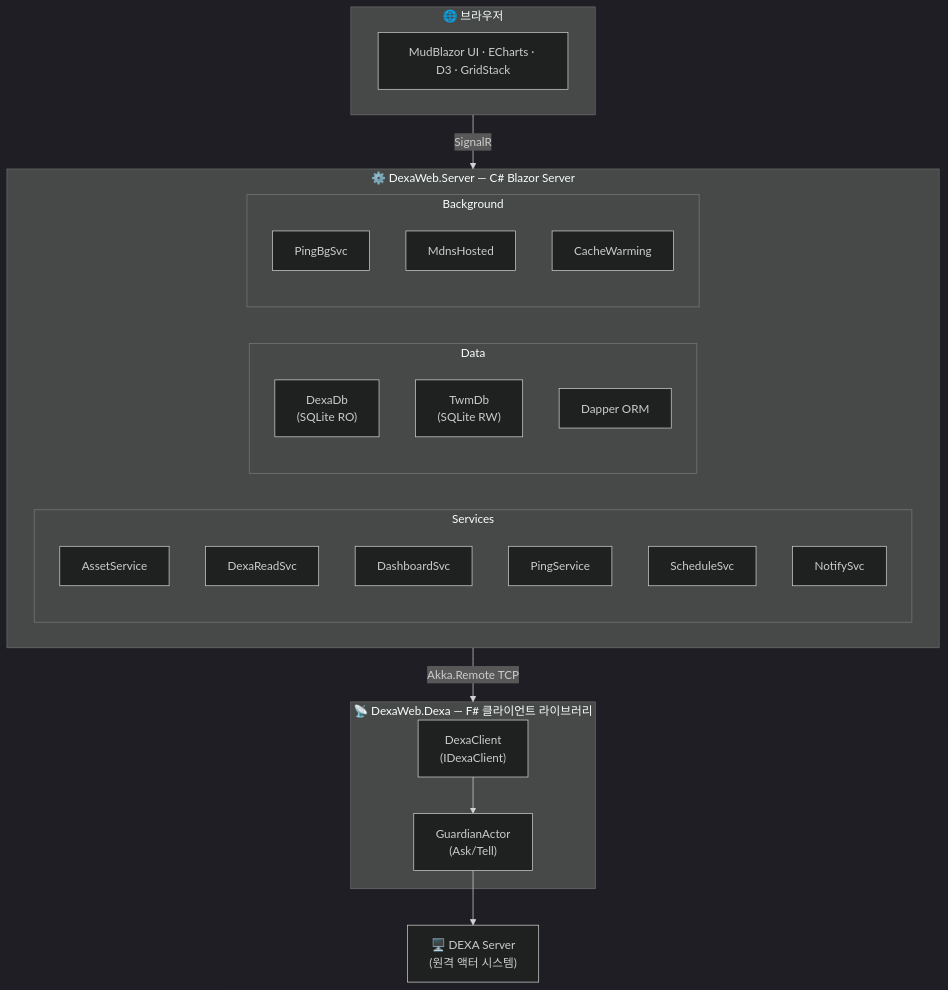
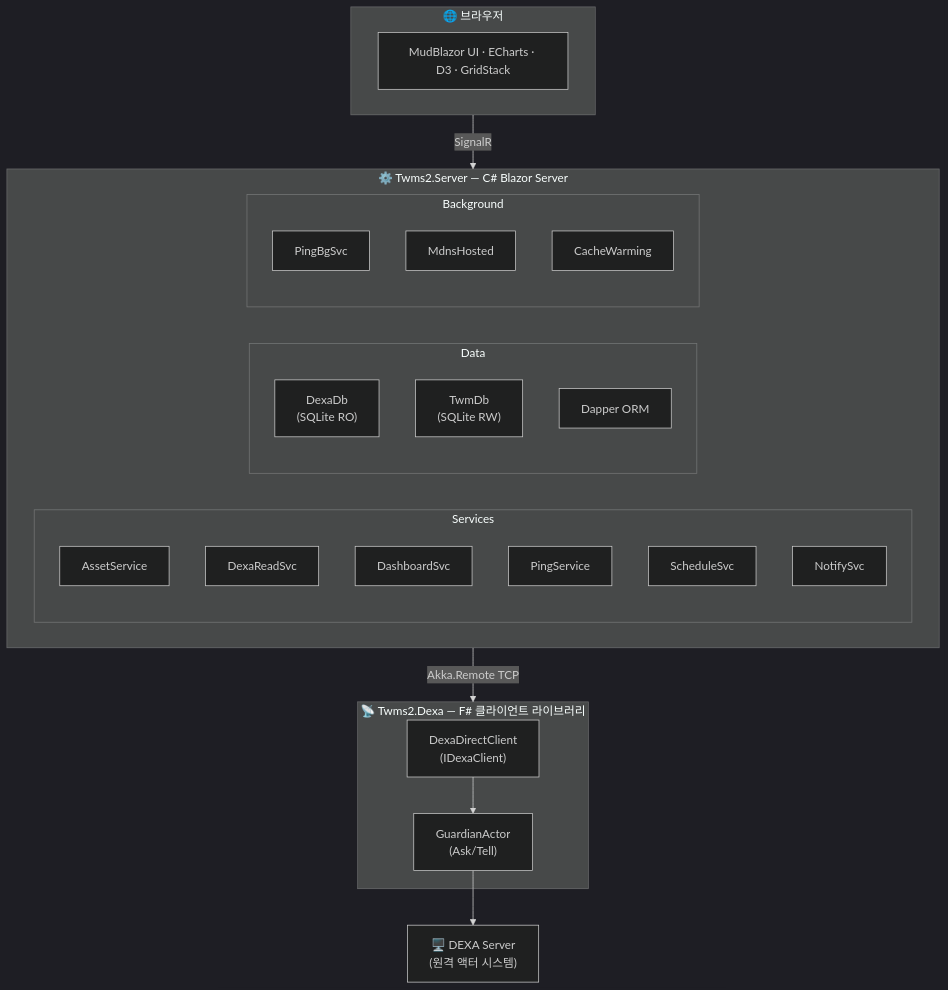
Before and after one commit to DualsoftDev/twms2: the second of 3 diagrams in README.md, drawn with Mermaid (dark theme). The commit also changed other lines of this file and 23 other files, not shown here.

````diff
--- a/README.md
+++ b/README.md
@@ -131,40 +130,40 @@
 ```mermaid
 graph TD
     subgraph Browser["🌐 브라우저"]
         UI["MudBlazor UI · ECharts · D3 · GridStack"]
     end
 
-    subgraph Server["⚙️ DexaWeb.Server — C# Blazor Server"]
+    subgraph Server["⚙️ Twms2.Server — C# Blazor Server"]
         direction LR
         subgraph Services["Services"]
             S1["AssetService"]
             S2["DexaReadSvc"]
             S3["DashboardSvc"]
             S4["PingService"]
             S5["ScheduleSvc"]
             S6["NotifySvc"]
         end
         subgraph Data["Data"]
             D1["DexaDb<br/>(SQLite RO)"]
             D2["TwmDb<br/>(SQLite RW)"]
             D3["Dapper ORM"]
         end
         subgraph Background["Background"]
             B1["PingBgSvc"]
             B2["MdnsHosted"]
             B3["CacheWarming"]
         end
     end
 
-    subgraph Dexa["📡 DexaWeb.Dexa — F# 클라이언트 라이브러리"]
-        DC["DexaClient<br/>(IDexaClient)"]
+    subgraph Dexa["📡 Twms2.Dexa — F# 클라이언트 라이브러리"]
+        DC["DexaDirectClient<br/>(IDexaClient)"]
         GA["GuardianActor<br/>(Ask/Tell)"]
         DC --> GA
     end
 
     DS["🖥️ DEXA Server<br/>(원격 액터 시스템)"]
 
     Browser -- "SignalR" --> Server
     Server -- "Akka.Remote TCP" --> Dexa
     GA --> DS
 ```
````
